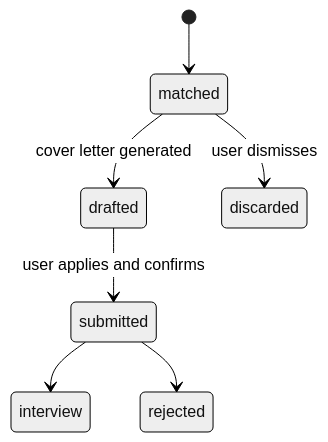
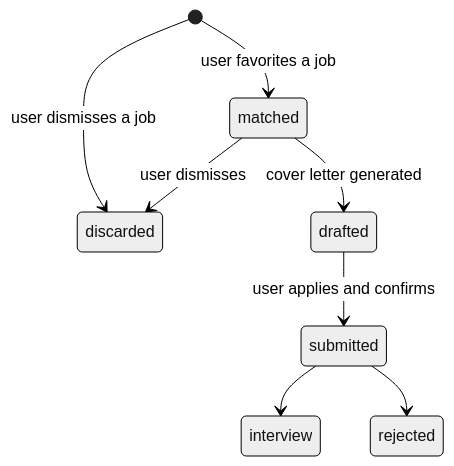
One commit to CatalinIonescu0922/LazyJobs changed the third of 3 diagrams in PLAN.md. Above: the diagram before and after it, drawn with Mermaid (neutral theme). The commit also changed other lines of this file and 7 other files, not shown here.

````diff
--- a/PLAN.md
+++ b/PLAN.md
@@ -519,9 +430,10 @@
 ```mermaid
 stateDiagram-v2
-  [*] --> matched
+  [*] --> matched: user favorites a job
+  [*] --> discarded: user dismisses a job
   matched --> drafted: cover letter generated
   matched --> discarded: user dismisses
   drafted --> submitted: user applies and confirms
   submitted --> interview
   submitted --> rejected
 ```
````
